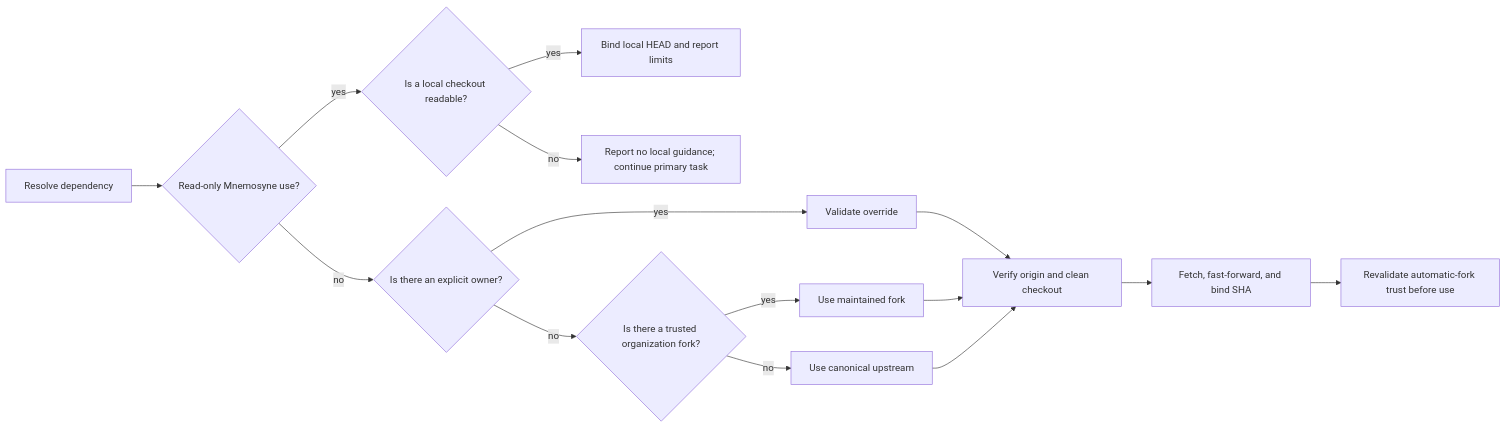
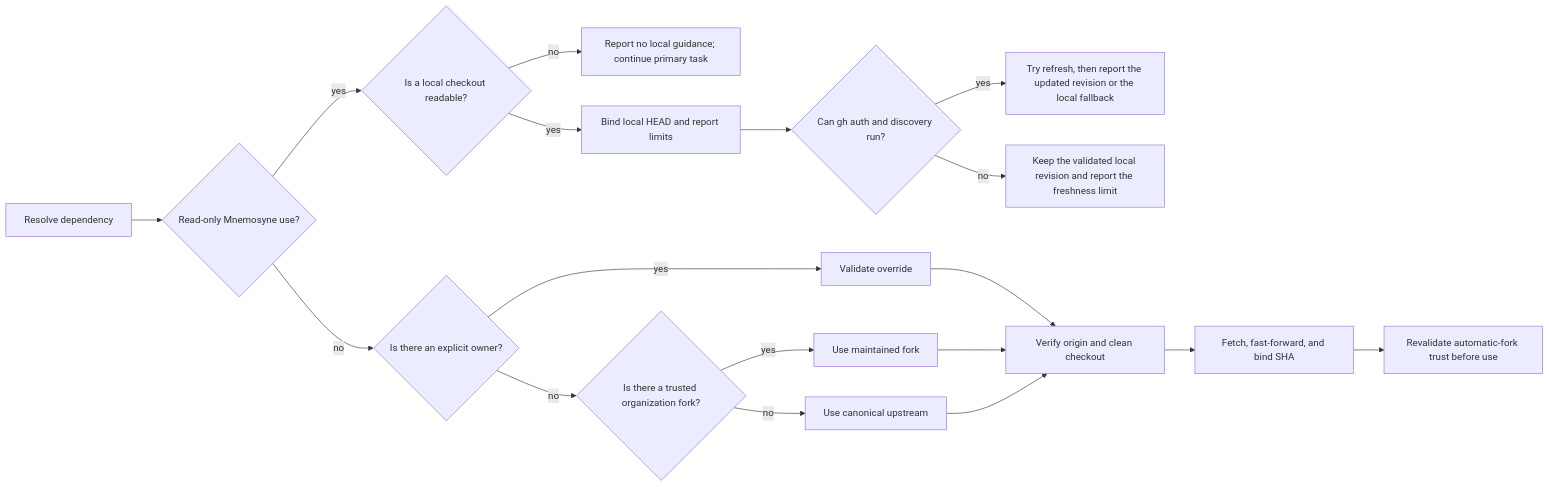
The diagram in docs/dependency-resolution.md (HomericIntelligence/Athena), drawn with Mermaid before and after one commit. The commit also changed other lines of this file and 9 other files, not shown here.

First line of the commit message:
chore: Allow trusted local knowledge fallback when gh or refresh is unavailable (#199)

````diff
--- a/docs/dependency-resolution.md
+++ b/docs/dependency-resolution.md
@@ -33,17 +35,20 @@
 ```mermaid
 flowchart LR
     A["Resolve dependency"] --> B{"Read-only Mnemosyne use?"}
     B -->|yes| C{"Is a local checkout readable?"}
+    C -->|no| E["Report no local guidance; continue primary task"]
     C -->|yes| D["Bind local HEAD and report limits"]
-    C -->|no| E["Report no local guidance; continue primary task"]
-    B -->|no| F{"Is there an explicit owner?"}
-    F -->|yes| G["Validate override"]
-    F -->|no| H{"Is there a trusted organization fork?"}
-    H -->|yes| I["Use maintained fork"]
-    H -->|no| J["Use canonical upstream"]
-    G --> K["Verify origin and clean checkout"]
-    I --> K
-    J --> K
-    K --> L["Fetch, fast-forward, and bind SHA"]
-    L --> M["Revalidate automatic-fork trust before use"]
+    D --> F{"Can gh auth and discovery run?"}
+    F -->|yes| G["Try refresh, then report the updated revision or the local fallback"]
+    F -->|no| H["Keep the validated local revision and report the freshness limit"]
+    B -->|no| I{"Is there an explicit owner?"}
+    I -->|yes| J["Validate override"]
+    I -->|no| K{"Is there a trusted organization fork?"}
+    K -->|yes| L["Use maintained fork"]
+    K -->|no| M["Use canonical upstream"]
+    J --> N["Verify origin and clean checkout"]
+    L --> N
+    M --> N
+    N --> O["Fetch, fast-forward, and bind SHA"]
+    O --> P["Revalidate automatic-fork trust before use"]
 ```
````
